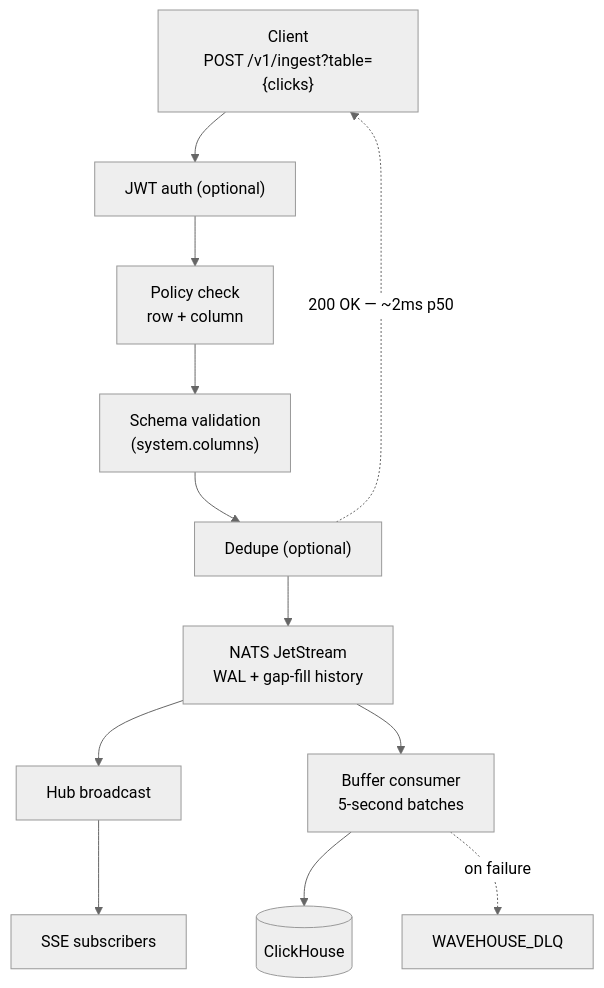
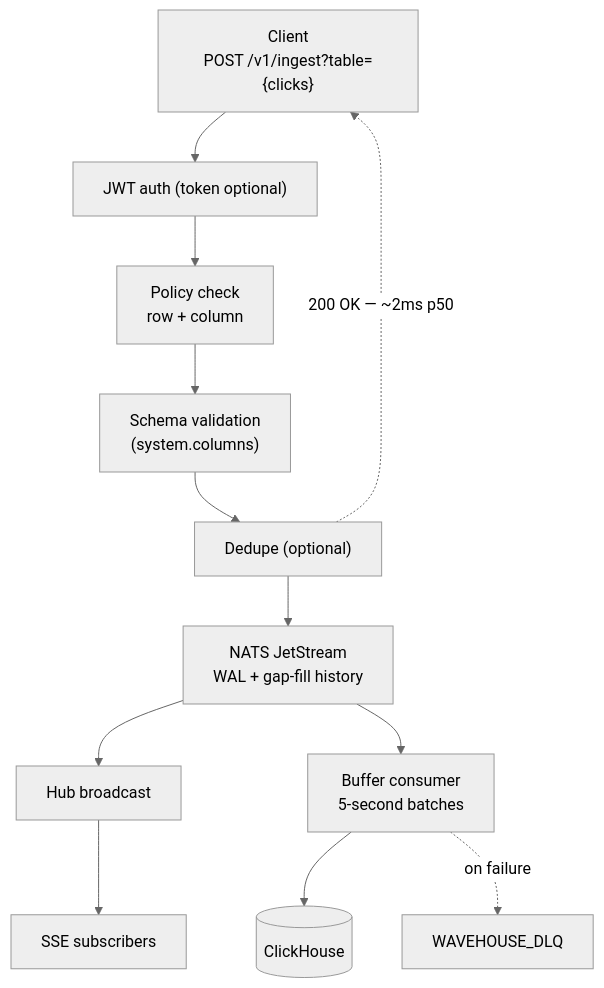
One commit to Wave-RF/WaveHouse changed the sixth of 7 diagrams in docs/src/content/docs/why-wavehouse.md. Above: the diagram before and after it, drawn with Mermaid (neutral theme). The commit also changed 5 other files, not shown here.

````diff
--- a/docs/src/content/docs/why-wavehouse.md
+++ b/docs/src/content/docs/why-wavehouse.md
@@ -206,17 +206,17 @@
 ```mermaid
 flowchart TB
     C["Client<br/>POST /v1/ingest?table={clicks}"]:::client
-    C --> AUTH["JWT auth (optional)"]:::wh
+    C --> AUTH["JWT auth (token optional)"]:::wh
     AUTH --> POL["Policy check<br/>row + column"]:::wh
     POL --> VAL["Schema validation<br/>(system.columns)"]:::wh
     VAL --> DD["Dedupe (optional)"]:::wh
     DD --> NATS["NATS JetStream<br/>WAL + gap-fill history"]:::store
     DD -. "200 OK — ~2ms p50" .-> C
 
     NATS --> HUB["Hub broadcast"]:::wh
     HUB --> RT["SSE subscribers"]:::client
 
     NATS --> BC["Buffer consumer<br/>5-second batches"]:::wh
     BC --> CH[("ClickHouse")]:::store
     BC -. "on failure" .-> DLQ["WAVEHOUSE_DLQ"]:::fail
 ```
````
